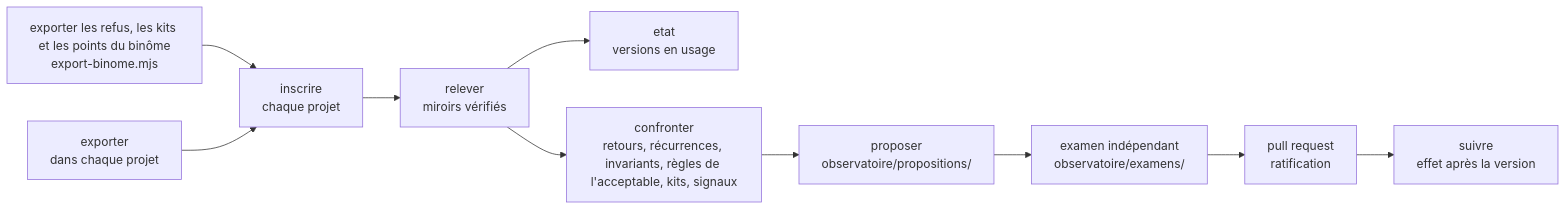
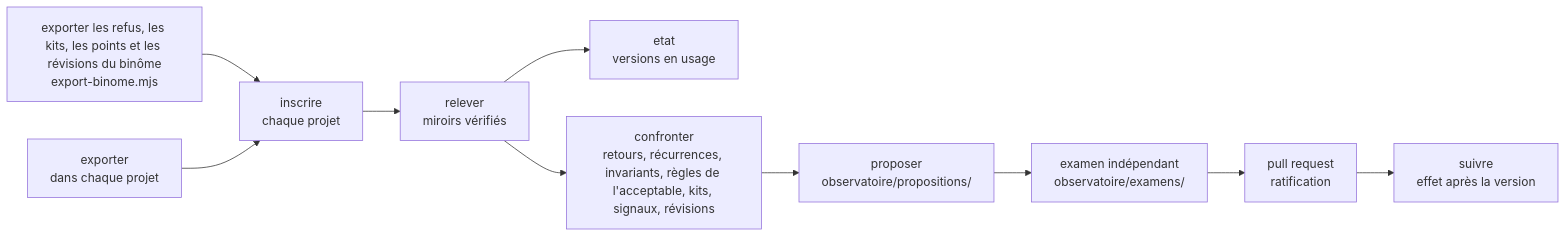
The diagram in docs/observatoire/mode-emploi.md (FredGarcia/Agent2Prompt), drawn with Mermaid before and after one commit. The commit also changed other lines of this file and 96 other files, not shown here.

````diff
--- a/docs/observatoire/mode-emploi.md
+++ b/docs/observatoire/mode-emploi.md
@@ -5,12 +5,12 @@
 ```mermaid
 flowchart LR
-  B["exporter les refus, les kits et les points du binôme<br/>export-binome.mjs"] --> I
+  B["exporter les refus, les kits, les points et les révisions du binôme<br/>export-binome.mjs"] --> I
   E["exporter<br/>dans chaque projet"] --> I["inscrire<br/>chaque projet"]
   I --> R["relever<br/>miroirs vérifiés"]
   R --> T["etat<br/>versions en usage"]
-  R --> C["confronter<br/>retours, récurrences, invariants, règles de l'acceptable, kits, signaux"]
+  R --> C["confronter<br/>retours, récurrences, invariants, règles de l'acceptable, kits, signaux, révisions"]
   C --> P["proposer<br/>observatoire/propositions/"]
   P --> X["examen indépendant<br/>observatoire/examens/"]
   X --> PR["pull request<br/>ratification"]
   PR --> S["suivre<br/>effet après la version"]
 ```
````
